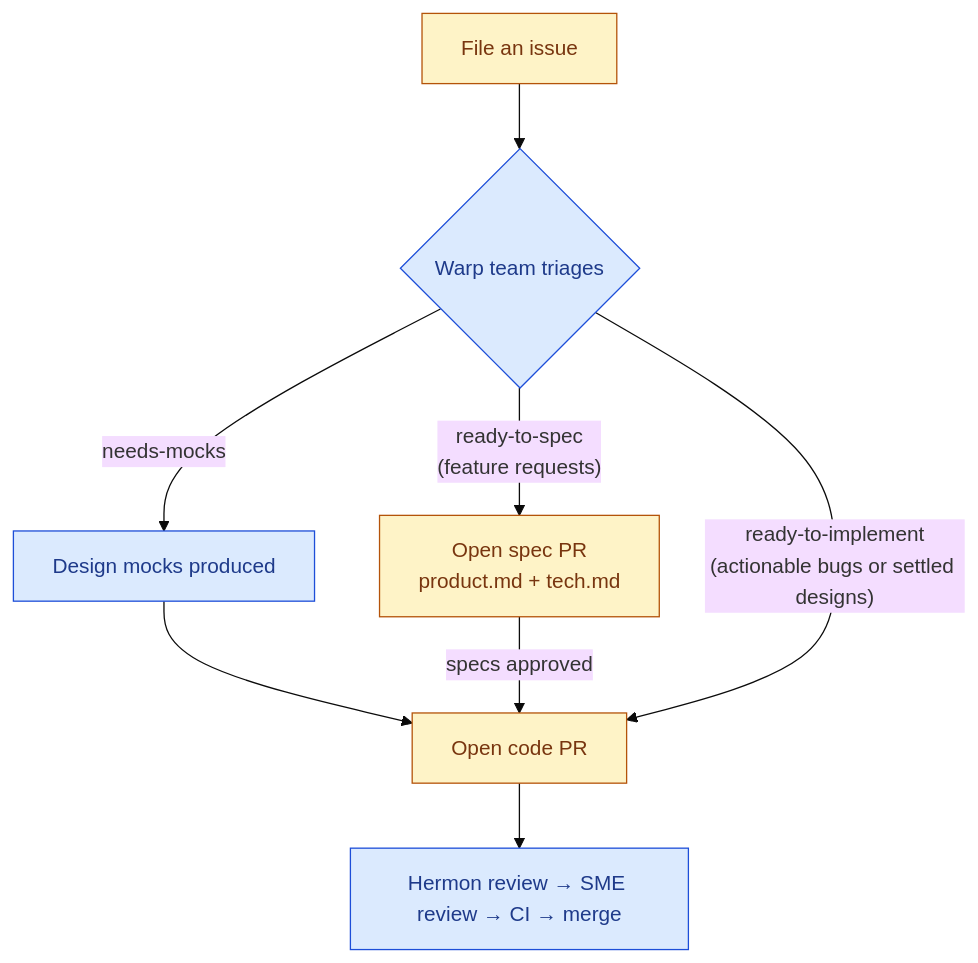
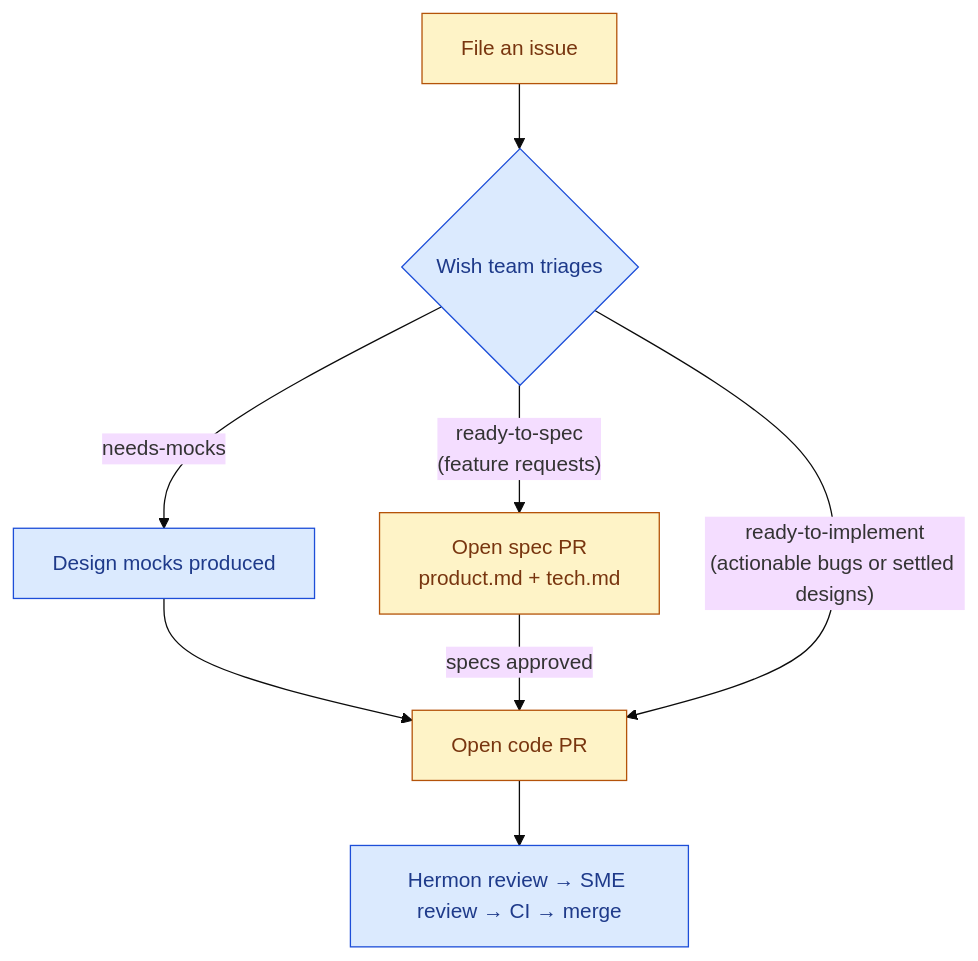
Before and after one commit to hermonai/wish: the diagram in CONTRIBUTING.md, drawn with Mermaid (base theme). The commit also changed other lines of this file and 417 other files, not shown here.

````diff
--- a/CONTRIBUTING.md
+++ b/CONTRIBUTING.md
@@ -40,15 +40,15 @@
 ```mermaid
 flowchart TD
-    A[File an issue] --> B{Warp team triages}
+    A[File an issue] --> B{Wish team triages}
     B -- ready-to-spec<br/>(feature requests) --> C[Open spec PR<br/>product.md + tech.md]
     B -- needs-mocks --> D[Design mocks produced]
     D --> E[Open code PR]
     C -- specs approved --> E
     B -- ready-to-implement<br/>(actionable bugs or settled designs) --> E
     E --> F[Hermon review → SME review → CI → merge]
 
     classDef contributor fill:#fef3c7,stroke:#b45309,color:#78350f;
     classDef warpTeam fill:#dbeafe,stroke:#1d4ed8,color:#1e3a8a;
     class A,C,E contributor;
     class B,D,F warpTeam;
 ```
````
